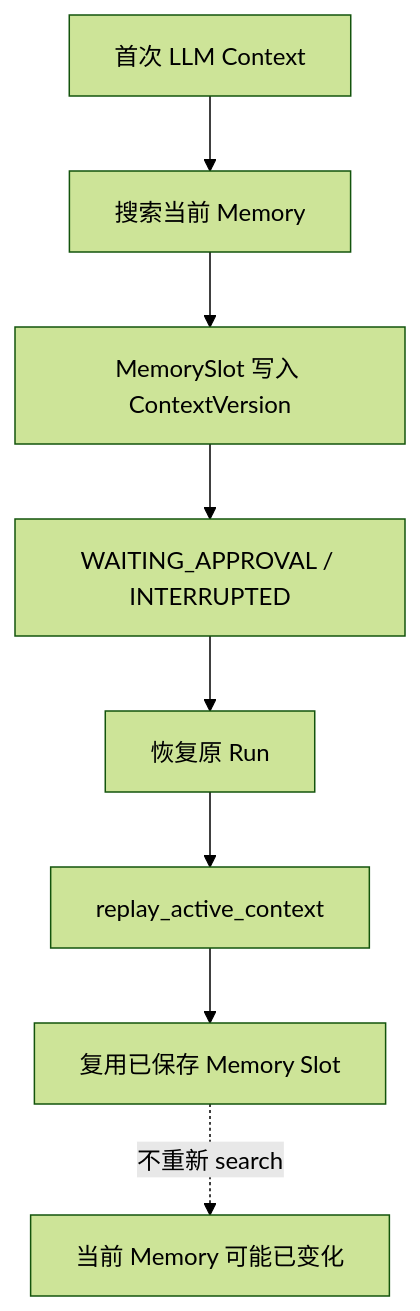
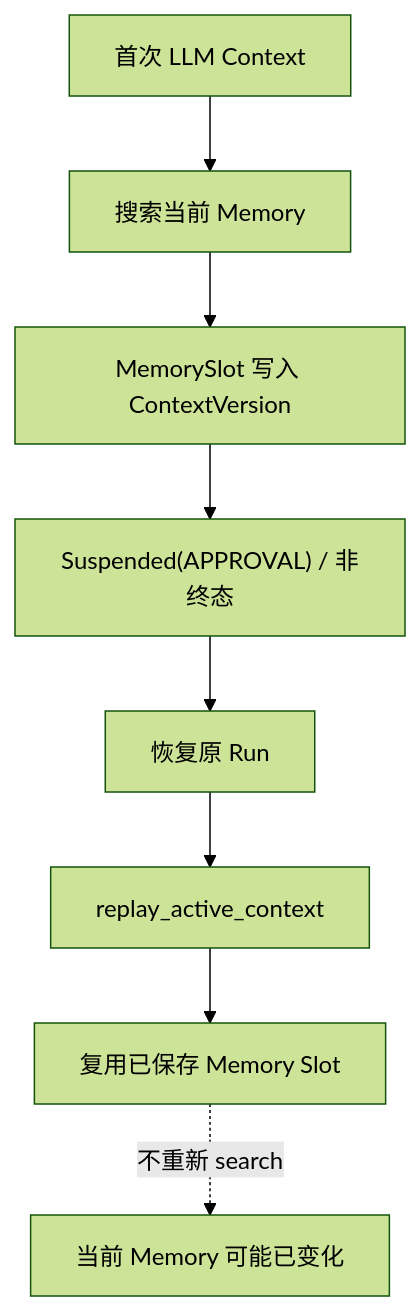
Diagram 17 of 22 in docs/wiki/Memory 模块总体说明.md (aandbcct/dotClaw), drawn with Mermaid (forest theme) before and after one commit. The commit also changed 12 other files, not shown here.

````diff
--- a/docs/wiki/Memory 模块总体说明.md
+++ b/docs/wiki/Memory 模块总体说明.md
@@ -1788,10 +1788,10 @@
 ```mermaid
 flowchart TD
     First["首次 LLM Context"] --> Search["搜索当前 Memory"]
     Search --> Snapshot["MemorySlot 写入 ContextVersion"]
-    Snapshot --> Wait["WAITING_APPROVAL / INTERRUPTED"]
+    Snapshot --> Wait["Suspended(APPROVAL) / 非终态"]
     Wait --> Resume["恢复原 Run"]
     Resume --> Replay["replay_active_context"]
     Replay --> Frozen["复用已保存 Memory Slot"]
     Frozen -.不重新 search.-> Memory["当前 Memory 可能已变化"]
 ```
````
